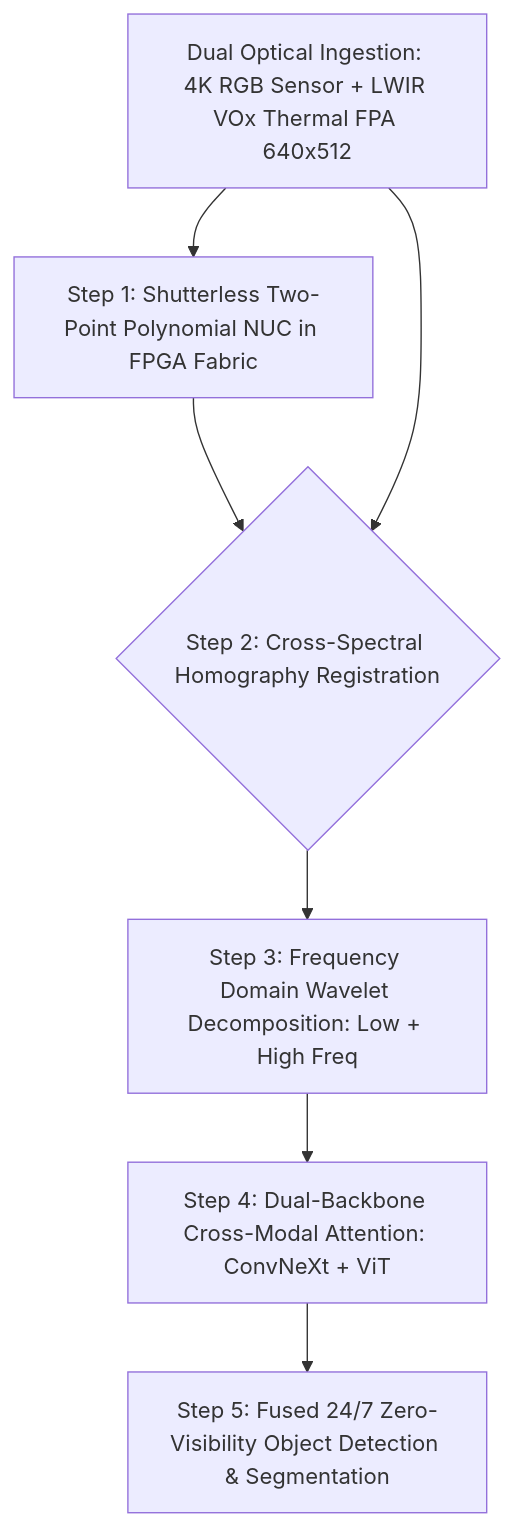
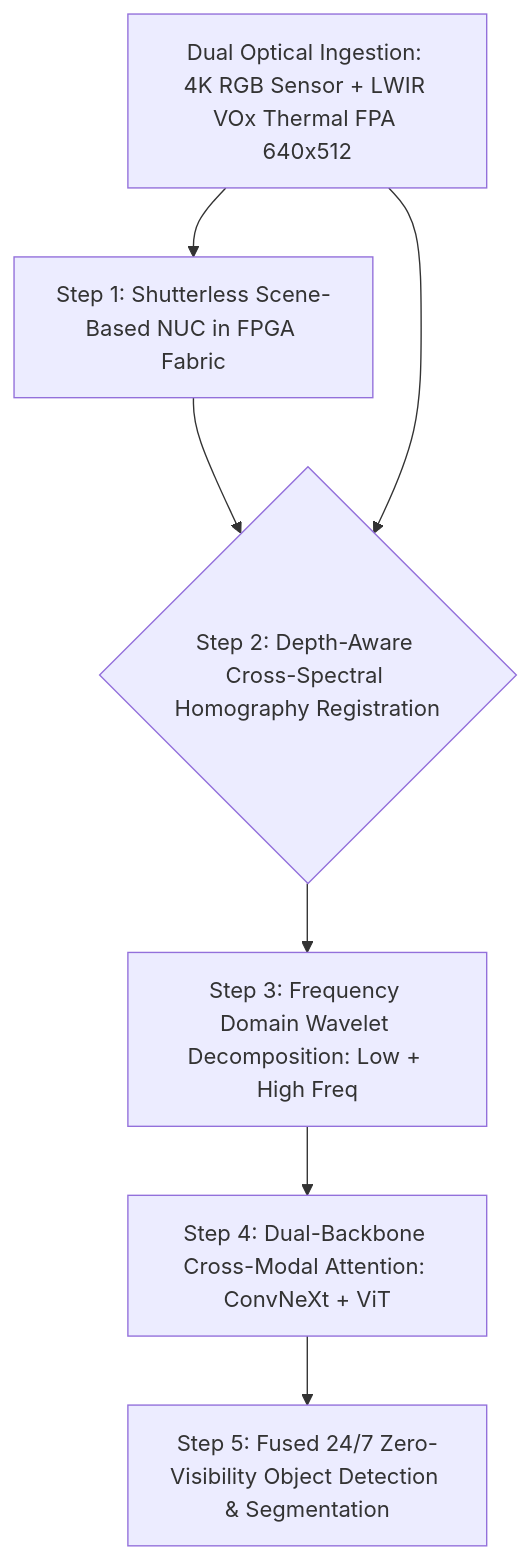
One commit to sergiomh499/cv-projects changed the diagram in topics/thermal-and-hyperspectral-vision/02-production-pipeline-and-workarounds.md. Above: the diagram before and after it, drawn with Mermaid. The commit also changed other lines of this file and 51 other files, not shown here.

````diff
--- a/topics/thermal-and-hyperspectral-vision/02-production-pipeline-and-workarounds.md
+++ b/topics/thermal-and-hyperspectral-vision/02-production-pipeline-and-workarounds.md
@@ -21,10 +21,9 @@
 ```mermaid
 flowchart TD
-    Sensors["Dual Optical Ingestion: 4K RGB Sensor + LWIR VOx Thermal FPA 640x512"] --> NUC["Step 1: Shutterless Two-Point Polynomial NUC in FPGA Fabric"]
-    NUC --> Reg{"Step 2: Cross-Spectral Homography Registration"}
+    Sensors["Dual Optical Ingestion: 4K RGB Sensor + LWIR VOx Thermal FPA 640x512"] --> NUC["Step 1: Shutterless Scene-Based NUC in FPGA Fabric"]
+    NUC --> Reg{"Step 2: Depth-Aware Cross-Spectral Homography Registration"}
     Sensors --> Reg
     Reg --> Decomp["Step 3: Frequency Domain Wavelet Decomposition: Low + High Freq"]
     Decomp --> DualBackbone["Step 4: Dual-Backbone Cross-Modal Attention: ConvNeXt + ViT"]
     DualBackbone --> TRT["Step 5: Fused 24/7 Zero-Visibility Object Detection & Segmentation"]
-
 ```
````
